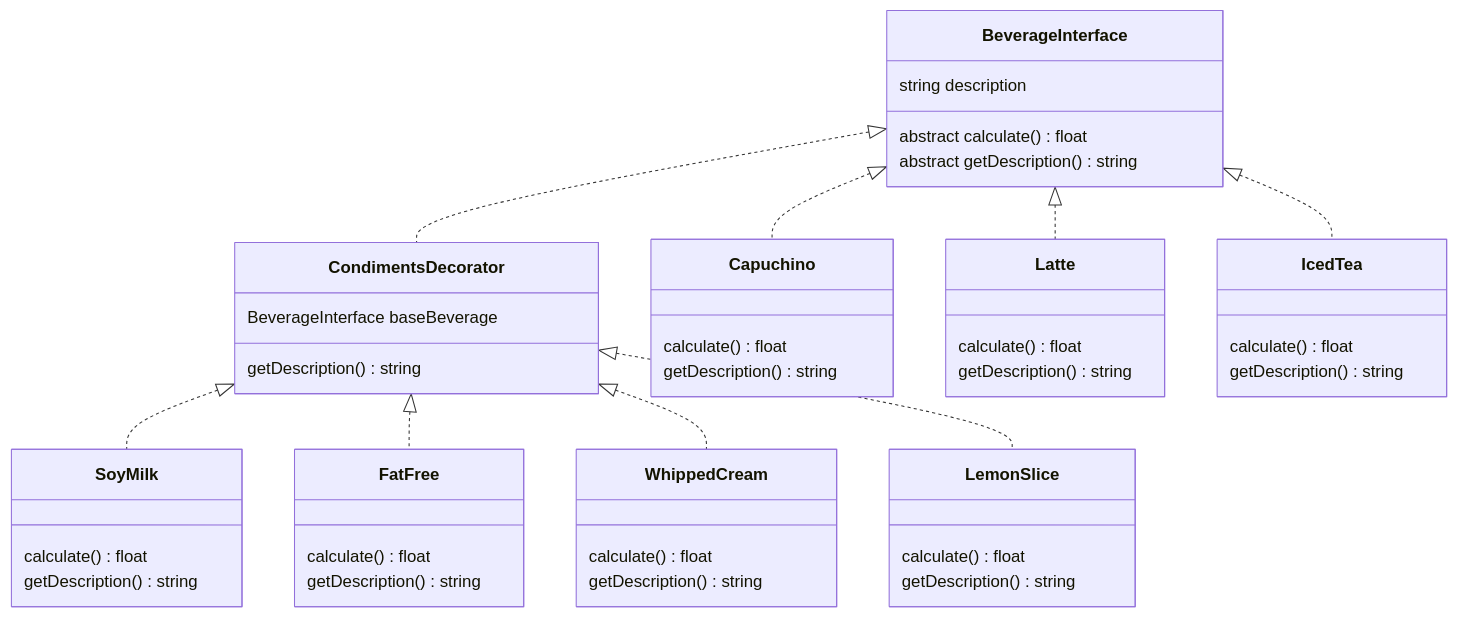
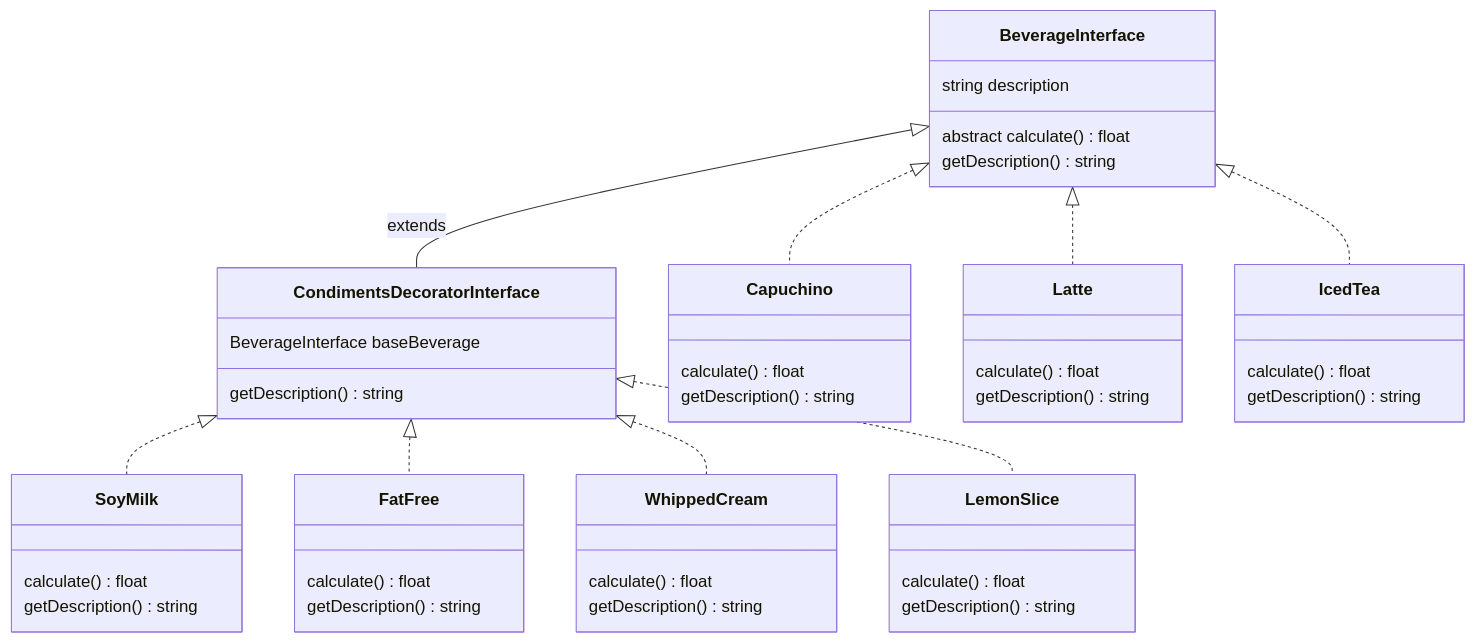
The second of 2 diagrams in Decorator/ProblemStatement.md (P-V-Tejeswar-Panda/Design_Patterns), drawn with Mermaid before and after one commit. The commit also changed other lines of this file and 1 other file, not shown here.

Commit message:
Decorator example finished

````diff
--- a/Decorator/ProblemStatement.md
+++ b/Decorator/ProblemStatement.md
@@ -39,41 +39,41 @@
 ```mermaid
 classDiagram
     BeverageInterface: string description
     BeverageInterface: abstract calculate() float
-    BeverageInterface: abstract getDescription() string
+    BeverageInterface: getDescription() string
 
-    CondimentsDecorator: BeverageInterface baseBeverage
-    CondimentsDecorator: getDescription() string
+    CondimentsDecoratorInterface: BeverageInterface baseBeverage
+    CondimentsDecoratorInterface: getDescription() string
 
     Capuchino: calculate() float
     Capuchino: getDescription() string
 
     Latte: calculate() float
     Latte: getDescription() string
     
     IcedTea: calculate() float
     IcedTea: getDescription() string
 
     BeverageInterface <|.. Capuchino
     BeverageInterface <|.. Latte
     BeverageInterface <|.. IcedTea
 
-    BeverageInterface <|.. CondimentsDecorator
+    BeverageInterface <|-- CondimentsDecoratorInterface: extends
 
     SoyMilk: calculate() float
     SoyMilk: getDescription() string
 
     FatFree: calculate() float
     FatFree: getDescription() string
 
     WhippedCream: calculate() float
     WhippedCream: getDescription() string
 
     LemonSlice: calculate() float
     LemonSlice: getDescription() string
 
-    CondimentsDecorator <|.. SoyMilk
-    CondimentsDecorator <|.. FatFree
-    CondimentsDecorator <|.. WhippedCream
-    CondimentsDecorator <|.. LemonSlice
+    CondimentsDecoratorInterface <|.. SoyMilk
+    CondimentsDecoratorInterface <|.. FatFree
+    CondimentsDecoratorInterface <|.. WhippedCream
+    CondimentsDecoratorInterface <|.. LemonSlice
 ```
````
